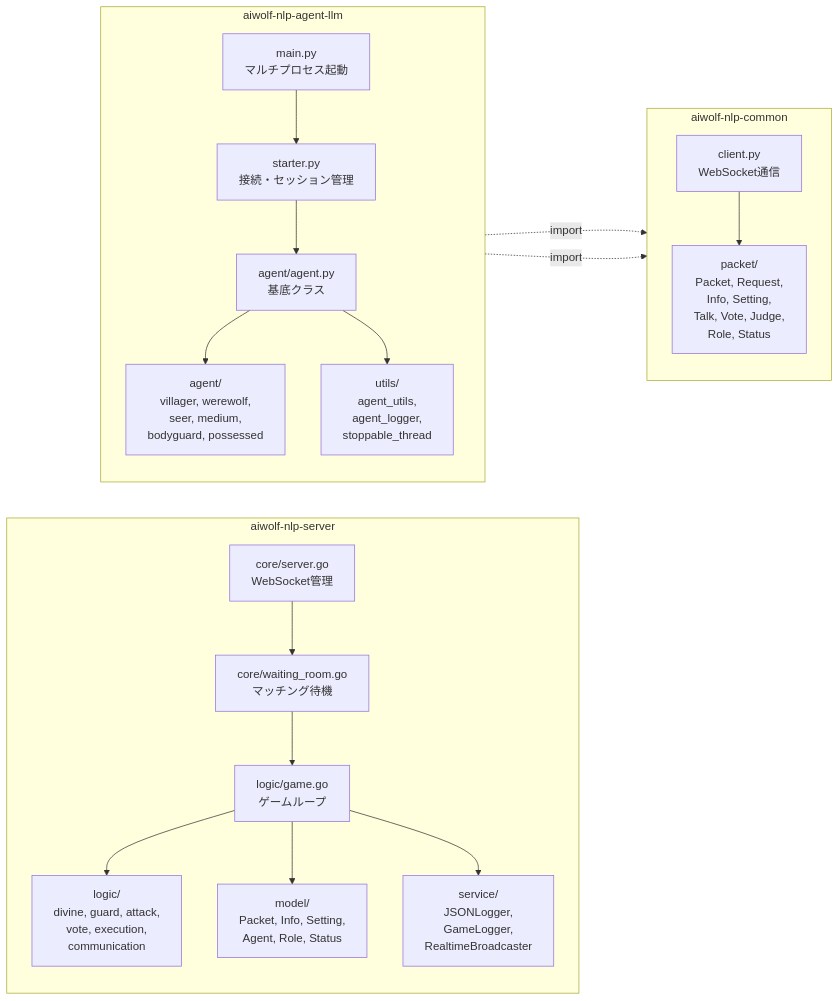
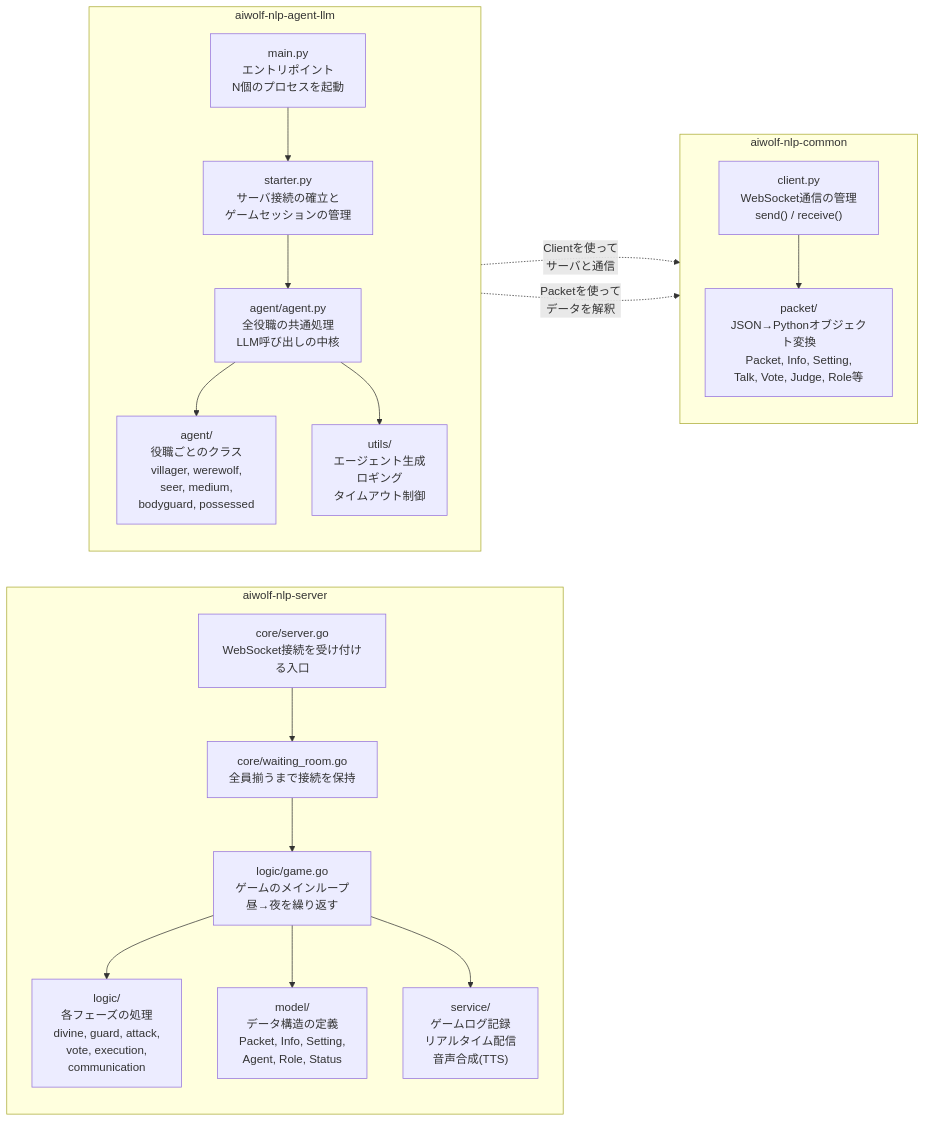
Before and after one commit to iggy157/aiwolf-nlp-systems: the second of 4 diagrams in docs/architecture/system-overview.md, drawn with Mermaid. The commit also changed other lines of this file and 2 other files, not shown here.

Commit message:
fix: フロー図修正

````diff
--- a/docs/architecture/system-overview.md
+++ b/docs/architecture/system-overview.md
@@ -41,39 +83,39 @@
 ```mermaid
 graph LR
     subgraph "aiwolf-nlp-server"
         direction TB
-        Server["core/server.go<br/>WebSocket管理"]
-        WaitingRoom["core/waiting_room.go<br/>マッチング待機"]
-        Game["logic/game.go<br/>ゲームループ"]
-        Phases["logic/<br/>divine, guard, attack,<br/>vote, execution,<br/>communication"]
-        Models["model/<br/>Packet, Info, Setting,<br/>Agent, Role, Status"]
-        Services["service/<br/>JSONLogger,<br/>GameLogger,<br/>RealtimeBroadcaster"]
+        Server["core/server.go<br/>WebSocket接続を受け付ける入口"]
+        WaitingRoom["core/waiting_room.go<br/>全員揃うまで接続を保持"]
+        Game["logic/game.go<br/>ゲームのメインループ<br/>昼→夜を繰り返す"]
+        Phases["logic/<br/>各フェーズの処理<br/>divine, guard, attack,<br/>vote, execution,<br/>communication"]
+        Models["model/<br/>データ構造の定義<br/>Packet, Info, Setting,<br/>Agent, Role, Status"]
+        Services["service/<br/>ゲームログ記録<br/>リアルタイム配信<br/>音声合成(TTS)"]
 
         Server --> WaitingRoom --> Game --> Phases
         Game --> Models
         Game --> Services
     end
 
     subgraph "aiwolf-nlp-common"
         direction TB
-        Client["client.py<br/>WebSocket通信"]
-        Packet["packet/<br/>Packet, Request,<br/>Info, Setting,<br/>Talk, Vote, Judge,<br/>Role, Status"]
+        Client["client.py<br/>WebSocket通信の管理<br/>send() / receive()"]
+        Packet["packet/<br/>JSON→Pythonオブジェクト変換<br/>Packet, Info, Setting,<br/>Talk, Vote, Judge, Role等"]
 
         Client --> Packet
     end
 
     subgraph "aiwolf-nlp-agent-llm"
         direction TB
-        Main["main.py<br/>マルチプロセス起動"]
-        Starter["starter.py<br/>接続・セッション管理"]
-        AgentBase["agent/agent.py<br/>基底クラス"]
-        Roles["agent/<br/>villager, werewolf,<br/>seer, medium,<br/>bodyguard, possessed"]
-        Utils["utils/<br/>agent_utils,<br/>agent_logger,<br/>stoppable_thread"]
+        Main["main.py<br/>エントリポイント<br/>N個のプロセスを起動"]
+        Starter["starter.py<br/>サーバ接続の確立と<br/>ゲームセッションの管理"]
+        AgentBase["agent/agent.py<br/>全役職の共通処理<br/>LLM呼び出しの中核"]
+        Roles["agent/<br/>役職ごとのクラス<br/>villager, werewolf,<br/>seer, medium,<br/>bodyguard, possessed"]
+        Utils["utils/<br/>エージェント生成<br/>ロギング<br/>タイムアウト制御"]
 
         Main --> Starter --> AgentBase --> Roles
         AgentBase --> Utils
     end
 
-    Starter -.->|import| Client
-    AgentBase -.->|import| Packet
+    Starter -.->|"Clientを使って<br/>サーバと通信"| Client
+    AgentBase -.->|"Packetを使って<br/>データを解釈"| Packet
 ```
````
